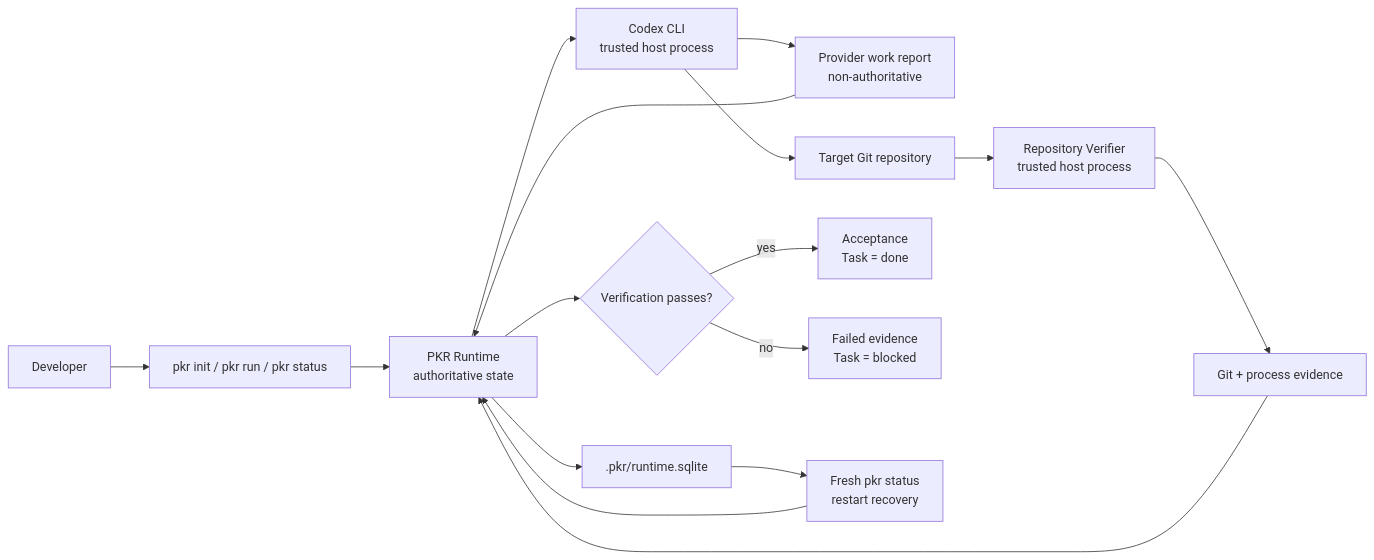
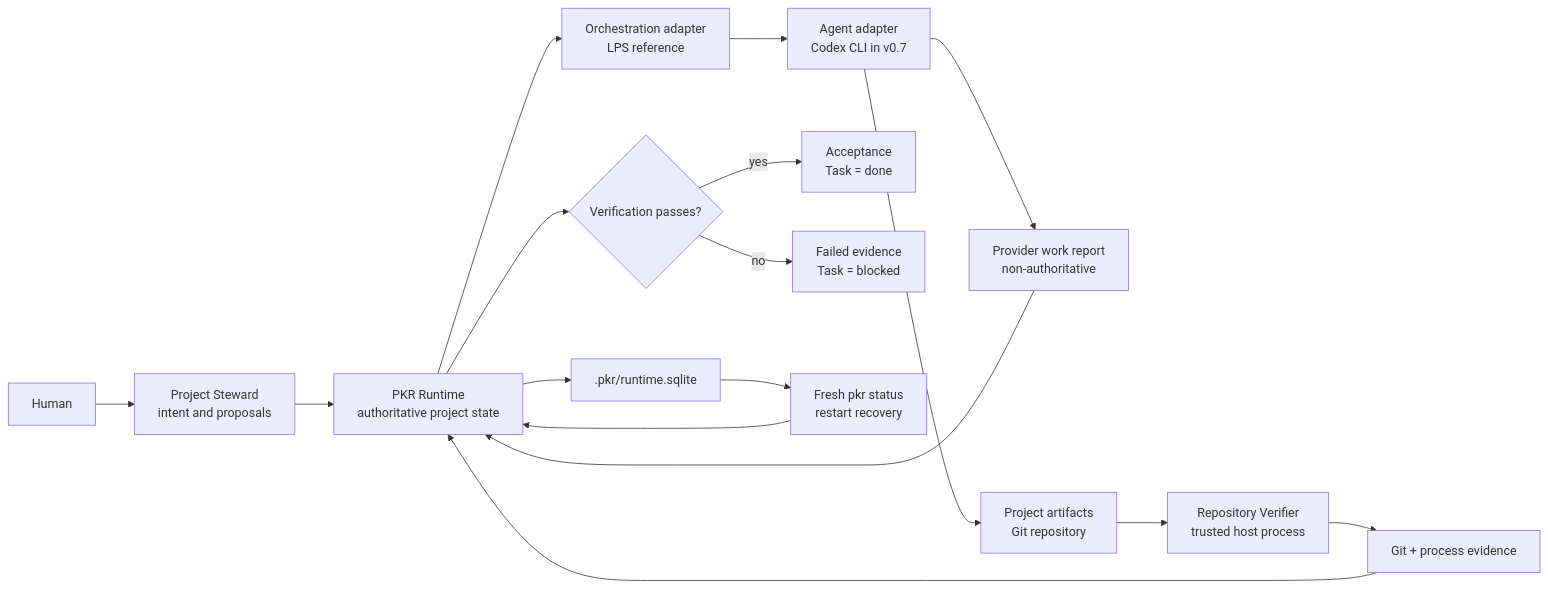
The first of 2 diagrams in README.md (locooooooooo/PKR), drawn with Mermaid before and after one commit. The commit also changed other lines of this file and 2 other files, not shown here.

Commit message:
docs: restore project runtime positioning

````diff
--- a/README.md
+++ b/README.md
@@ -58,18 +58,19 @@
 ```mermaid
 flowchart LR
-    human["Developer"] --> cli["pkr init / pkr run / pkr status"]
-    cli --> runtime["PKR Runtime<br/>authoritative state"]
+    human["Human"] --> steward["Project Steward<br/>intent and proposals"]
+    steward --> runtime["PKR Runtime<br/>authoritative project state"]
     runtime --> sqlite[".pkr/runtime.sqlite"]
-    runtime --> codex["Codex CLI<br/>trusted host process"]
-    codex --> report["Provider work report<br/>non-authoritative"]
-    codex --> repo["Target Git repository"]
+    runtime --> lps["Orchestration adapter<br/>LPS reference"]
+    lps --> agent["Agent adapter<br/>Codex CLI in v0.7"]
+    agent --> report["Provider work report<br/>non-authoritative"]
+    agent --> repo["Project artifacts<br/>Git repository"]
     repo --> verifier["Repository Verifier<br/>trusted host process"]
     verifier --> evidence["Git + process evidence"]
     report --> runtime
     evidence --> runtime
     runtime --> outcome{"Verification passes?"}
     outcome -->|yes| done["Acceptance<br/>Task = done"]
     outcome -->|no| blocked["Failed evidence<br/>Task = blocked"]
     sqlite --> status["Fresh pkr status<br/>restart recovery"]
     status --> runtime
 ```
````
